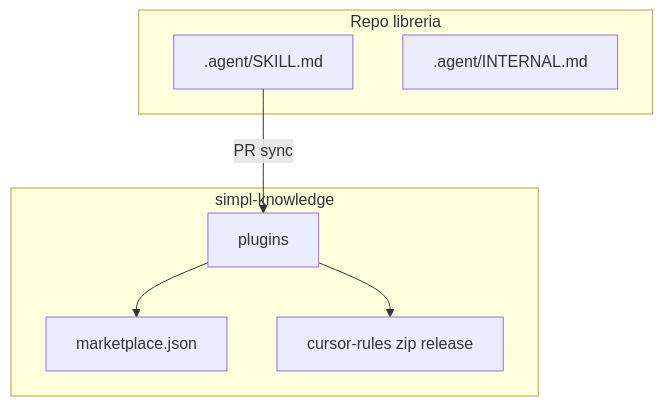
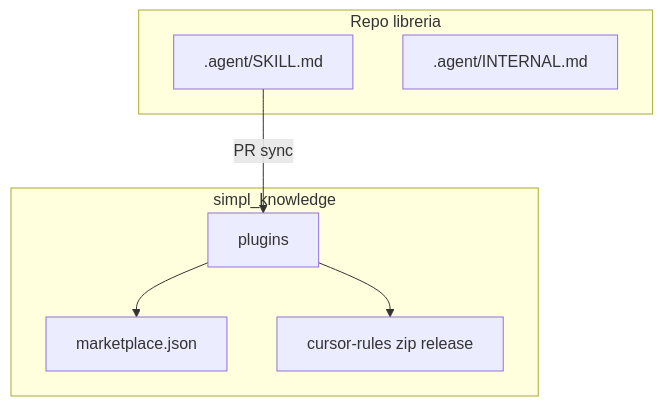
The first of 2 diagrams in docs/human/ARCHITECTURE.md (simpl-techs/simpl_knowledge), drawn with Mermaid before and after one commit. The commit also changed other lines of this file and 47 other files, not shown here.

````diff
--- a/docs/human/ARCHITECTURE.md
+++ b/docs/human/ARCHITECTURE.md
@@ -12,15 +12,15 @@
 ```mermaid
 flowchart TB
   subgraph lib [Repo libreria]
     SM[.agent/SKILL.md]
     IN[.agent/INTERNAL.md]
   end
-  subgraph hub [simpl-knowledge]
+  subgraph hub [simpl_knowledge]
     MP[marketplace.json]
     PL[plugins]
     CR[cursor-rules zip release]
   end
   SM -->|PR sync| PL
   PL --> MP
   PL --> CR
 ```
````
